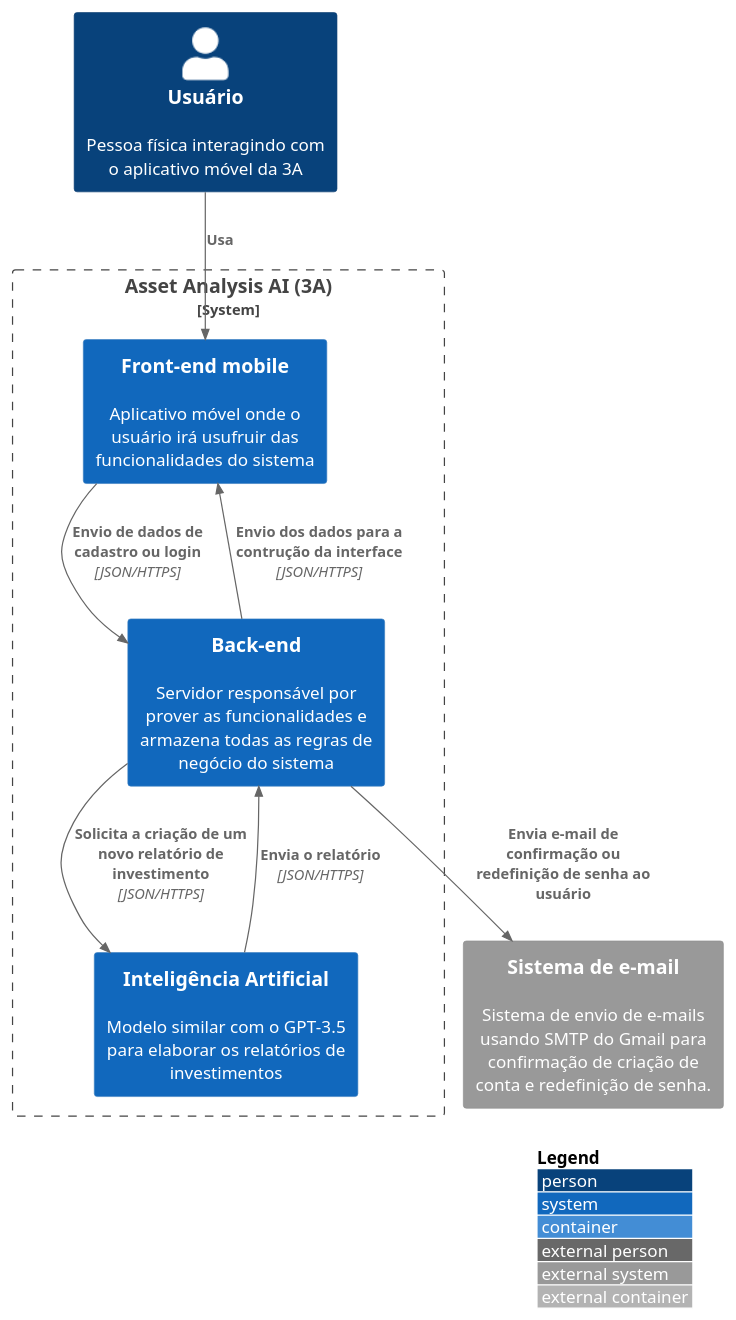
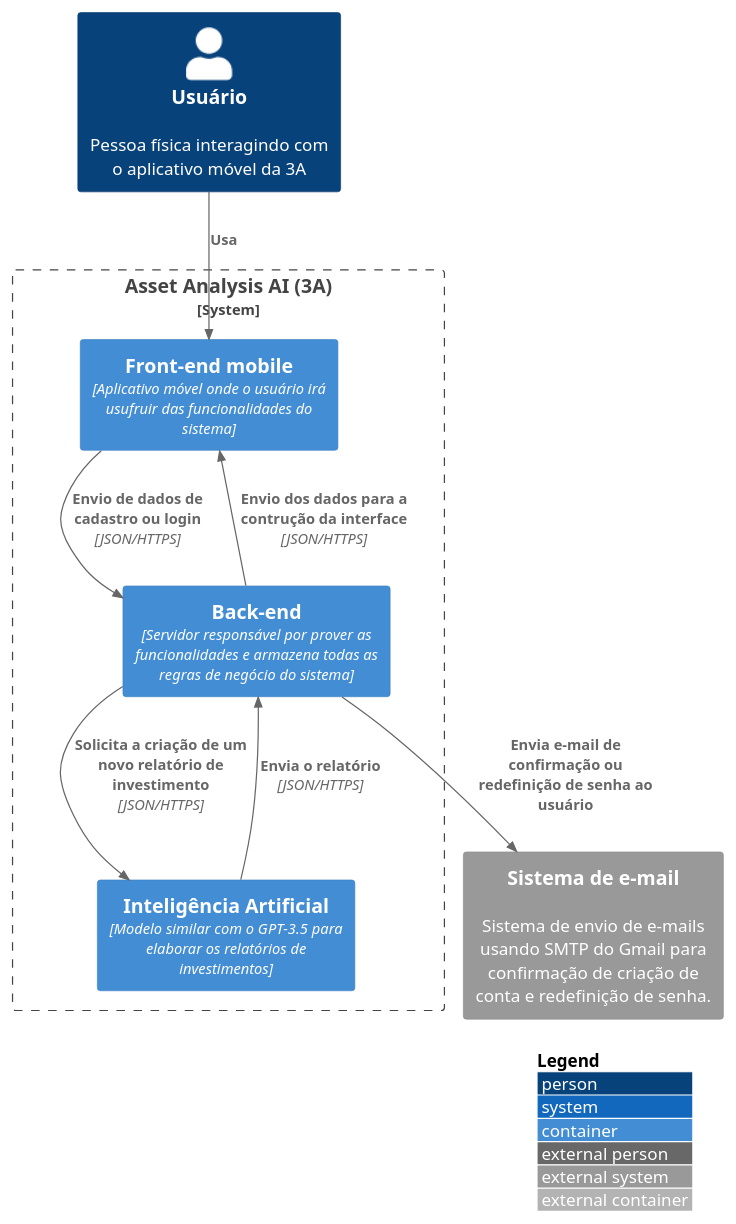
One commit to Open-3A/3A-c4-model changed the diagram in src/C2 Containers/containers.puml. Above: the diagram before and after it, drawn with PlantUML.

Commit message:
fix(container): change system to container representation

```diff
--- a/src/C2 Containers/containers.puml
+++ b/src/C2 Containers/containers.puml
@@ -1,26 +1,26 @@
 @startuml
 !include https://raw.githubusercontent.com/adrianvlupu/C4-PlantUML/latest/C4_Container.puml
 
 LAYOUT_WITH_LEGEND()
 
 Person(user, "Usuário", "Pessoa física interagindo com o aplicativo móvel da 3A")
 
 System_Boundary(3a, "Asset Analysis AI (3A)"){
-  System(mobile, "Front-end mobile", "Aplicativo móvel onde o usuário irá usufruir das funcionalidades do sistema")
-  System(backend, "Back-end", "Servidor responsável por prover as funcionalidades e armazena todas as regras de negócio do sistema")
-  System(ai, "Inteligência Artificial", "Modelo similar com o GPT-3.5 para elaborar os relatórios de investimentos")
+  Container(mobile, "Front-end mobile", "Aplicativo móvel onde o usuário irá usufruir das funcionalidades do sistema")
+  Container(backend, "Back-end", "Servidor responsável por prover as funcionalidades e armazena todas as regras de negócio do sistema")
+  Container(ai, "Inteligência Artificial", "Modelo similar com o GPT-3.5 para elaborar os relatórios de investimentos")
 }
 
 System_Ext(mail, "Sistema de e-mail", "Sistema de envio de e-mails usando SMTP do Gmail para confirmação de criação de conta e redefinição de senha.")
 
 Rel(user, mobile, "Usa")
 
 Rel(mobile, backend, "Envio de dados de cadastro ou login", "JSON/HTTPS")
 Rel(backend, mobile, "Envio dos dados para a contrução da interface", "JSON/HTTPS")
 
 Rel(backend, mail, "Envia e-mail de confirmação ou redefinição de senha ao usuário")
 
 Rel(backend, ai, "Solicita a criação de um novo relatório de investimento", "JSON/HTTPS")
 Rel(ai, backend, "Envia o relatório", "JSON/HTTPS")
 
 @enduml
```
